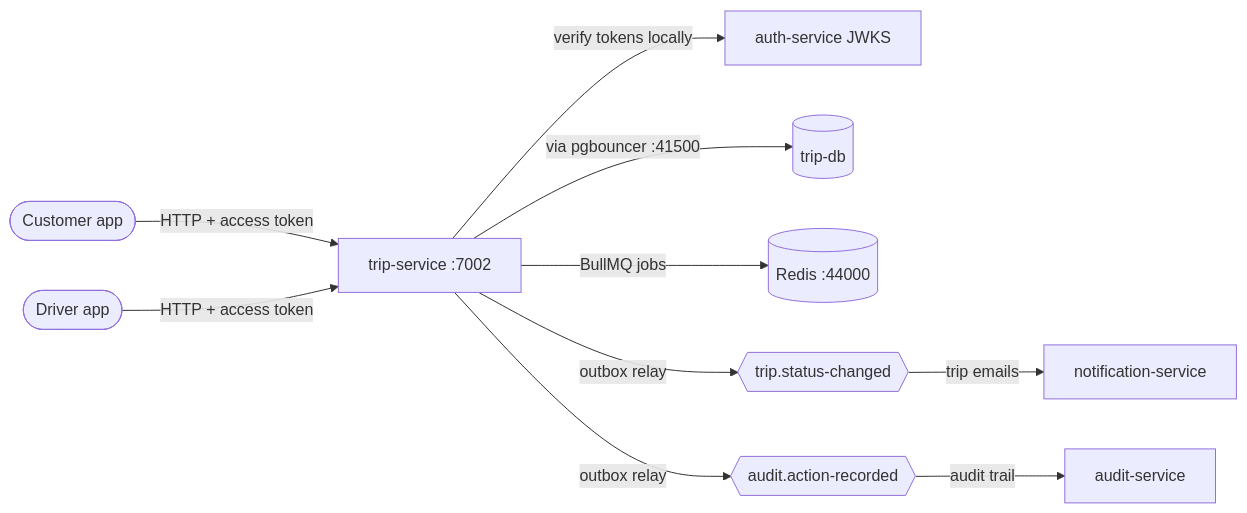
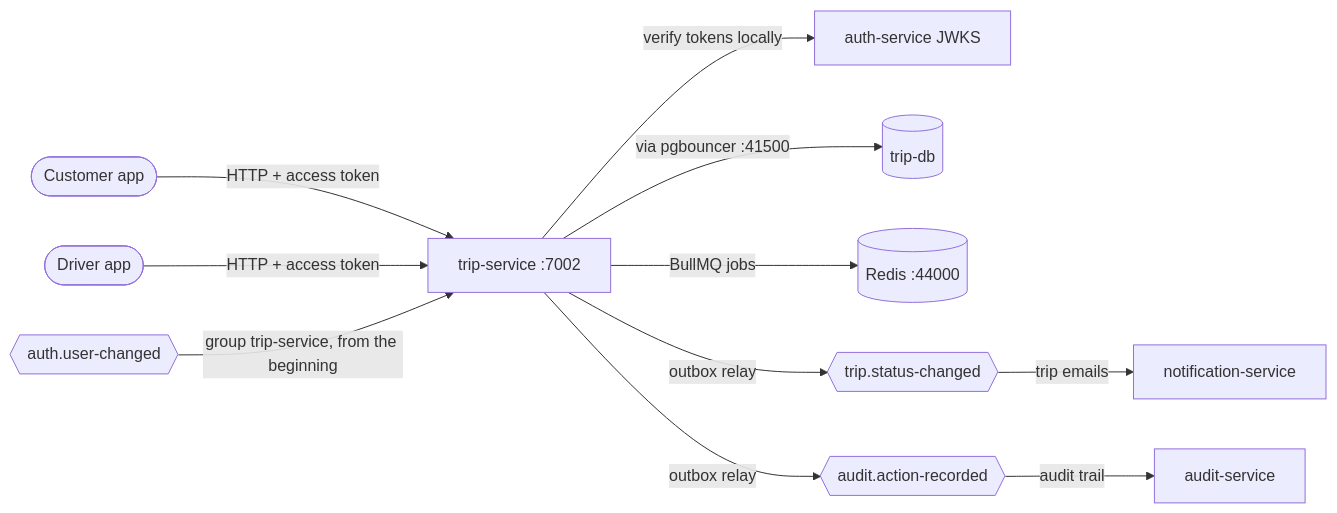
One commit to Mohammed-Taysser/masr3 changed the first of 9 diagrams in docs/services/trip-service.md. Above: the diagram before and after it, drawn with Mermaid. The commit also changed other lines of this file and 21 other files, not shown here.

Commit message:
feat(trip-service): keep a copy of customers and drivers from auth.user-changed

````diff
--- a/docs/services/trip-service.md
+++ b/docs/services/trip-service.md
@@ -13,12 +14,13 @@
 ```mermaid
 flowchart LR
   customer([Customer app]) -->|HTTP + access token| trip[trip-service :7002]
   driver([Driver app]) -->|HTTP + access token| trip
+  users{{auth.user-changed}} -->|group trip-service, from the beginning| trip
   trip -->|verify tokens locally| jwks[auth-service JWKS]
   trip -->|via pgbouncer :41500| db[(trip-db)]
   trip -->|BullMQ jobs| redis[(Redis :44000)]
   trip -->|outbox relay| topic{{trip.status-changed}}
   topic -->|trip emails| notification[notification-service]
   trip -->|outbox relay| audit{{audit.action-recorded}}
   audit -->|audit trail| auditService[audit-service]
 ```
````
